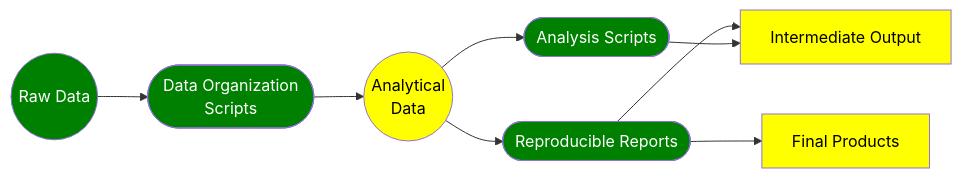
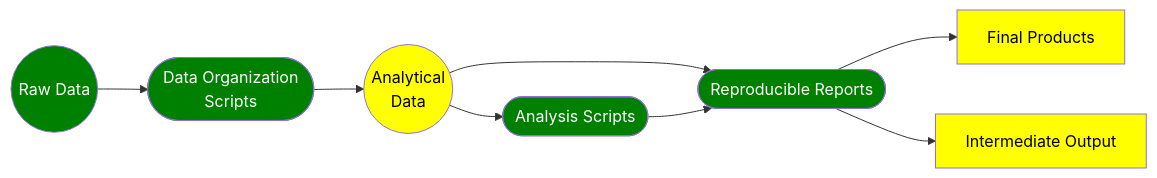
One commit to AaronGullickson/research-template changed the diagram in README.md. Above: the diagram before and after it, drawn with Mermaid. The commit also changed other lines of this file, not shown here.

Commit message:
Fix flowchart

````diff
--- a/README.md
+++ b/README.md
@@ -39,12 +41,12 @@
 ```mermaid
 flowchart LR
     A((Raw Data)):::real --> B[Data Organization\nScripts]:::real
     B([Data Organization\nScripts]):::real --> C((Analytical\nData)):::artifact
     C((Analytical\nData)):::artifact --> D([Analysis Scripts]):::real
     C((Analytical\nData)):::artifact --> E([Reproducible Reports]):::real
     E([Reproducible Reports]):::real --> G[Final Products]:::artifact
     E([Reproducible Reports]):::real --> F[Intermediate Output]:::artifact
-    D([Analysis Scripts]):::real --> F[Intermediate Output]:::artifact
+    D([Analysis Scripts]):::real --> E([Reproducible Reports]):::real
     classDef real fill:green,color:#fff
     classDef artifact fill:yellow,color:#000
 ```
````
